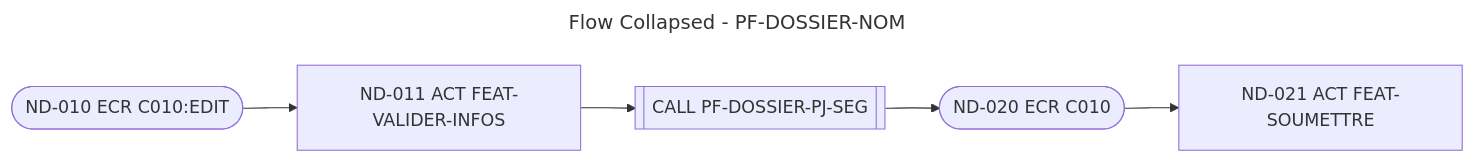
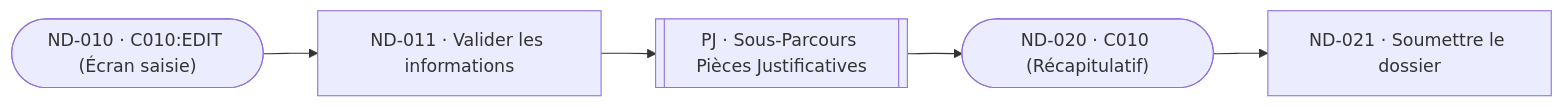
One commit to Pi0up/ai-skills changed the diagram in .agents/plugins/information-architecture/ia_tools/templates/userflows/flow-collapsed.mmd. Above: the diagram before and after it, drawn with Mermaid. The commit also changed 12 other files, not shown here.

```diff
--- a/.agents/plugins/information-architecture/ia_tools/templates/userflows/flow-collapsed.mmd
+++ b/.agents/plugins/information-architecture/ia_tools/templates/userflows/flow-collapsed.mmd
@@ -1,28 +1,23 @@
----
-title: Flow Collapsed - PF-DOSSIER-NOM
-type: userflow
-id: PF-DOSSIER-NOM
-version: 1.0.0
-roles: [USER]
-tags: [userflow, nominal, collapsed]
-description: Template de parcours nominal en vue repliée (UC-DOSSIER)
----
+%%@file id=PF-DOSSIER-NOM project=DOSSIER kind=userflow view=collapsed uc=UC-DOSSIER obj=OBJ-DOSSIER-01 statut=nominal roles=MANAGER title="Parcours Nominal : Soumettre un Dossier" version="1.1" atterrissage=C010
+%%@node ND010 code=C010:EDIT type=ECR order=1
+%%@node ND011 ref=FEAT-VALIDER-INFOS type=ACT order=2
+%%@node PJ code=PF-DOSSIER-PJ-SEG type=CALL order=3
+%%@node ND020 code=C010 type=ECR order=4
+%%@node ND021 ref=FEAT-SOUMETTRE type=ACT order=5
+%%@edge ND010>ND011 kind=nominal
+%%@edge ND011>PJ kind=nominal
+%%@edge PJ>ND020 kind=nominal
+%%@edge ND020>ND021 kind=nominal
 flowchart LR
 
     %% --------------------------------------------------------------------------
-    %% Séquence linéaire du parcours nominal
-    %% Chaque étape est un événement (ECR, ACT, ATT, EXT ou CALL)
-    %% Formes : ECR ([stade]), ACT [rect], ATT {{hexa}}, EXT [/para/], CALL [[double]]
+    %% Séquence linéaire du parcours nominal (Fichier Brut Séparé)
+    %% P3 : Séquence strictement linéaire sans embranchement interne
     %% --------------------------------------------------------------------------
+    ND010(["ND-010 · C010:EDIT (Écran saisie)"])
+    ND011["ND-011 · Valider les informations"]
+    PJ[["PJ · Sous-Parcours Pièces Justificatives"]]
+    ND020(["ND-020 · C010 (Récapitulatif)"])
+    ND021["ND-021 · Soumettre le dossier"]
 
-    ND010(["ND-010 ECR C010:EDIT"])
-    ND011["ND-011 ACT FEAT-VALIDER-INFOS"]
-    PJ[["CALL PF-DOSSIER-PJ-SEG"]]
-    ND020(["ND-020 ECR C010"])
-    ND021["ND-021 ACT FEAT-SOUMETTRE"]
-
-    %% Enchaînement linéaire (P3 : pas de bifurcation interne)
-    ND010 --> ND011
-    ND011 --> PJ
-    PJ --> ND020
-    ND020 --> ND021
+    ND010 --> ND011 --> PJ --> ND020 --> ND021
```
